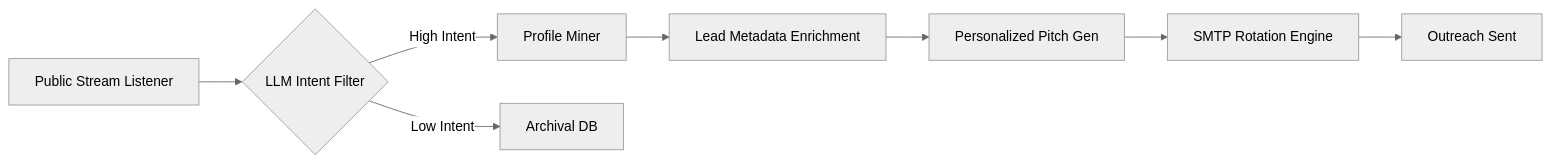
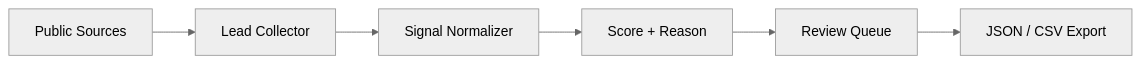
The diagram in README.md (m4stanuj/LeadSniper), drawn with Mermaid (neutral theme) before and after one commit. The commit also changed other lines of this file and 1 other file, not shown here.

Commit message:
Rebuild LeadSniper UI as grounded lead workspace

````diff
--- a/README.md
+++ b/README.md
@@ -30,10 +22,8 @@
 ```mermaid
 graph LR
-    A[Public Stream Listener] --> B{LLM Intent Filter}
-    B -->|High Intent| C[Profile Miner]
-    B -->|Low Intent| D[Archival DB]
-    C --> E[Lead Metadata Enrichment]
-    E --> F[Personalized Pitch Gen]
-    F --> G[SMTP Rotation Engine]
-    G --> H[Outreach Sent]
+    A[Public Sources] --> B[Lead Collector]
+    B --> C[Signal Normalizer]
+    C --> D[Score + Reason]
+    D --> E[Review Queue]
+    E --> F[JSON / CSV Export]
 ```
````
